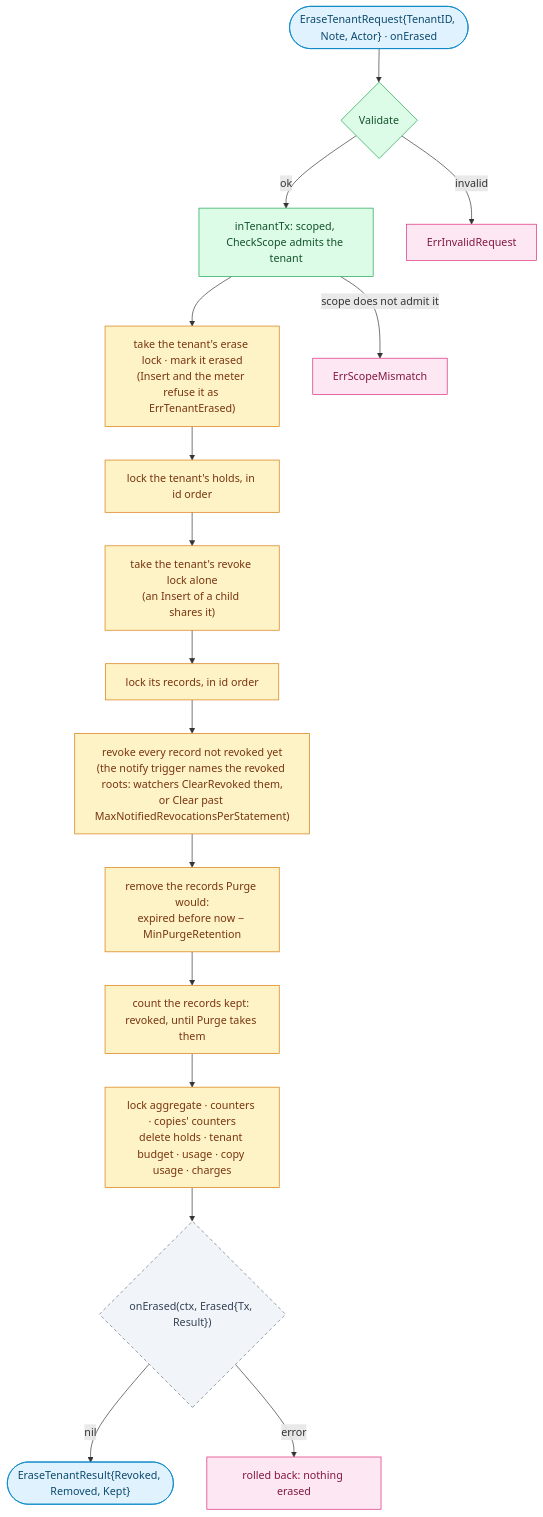
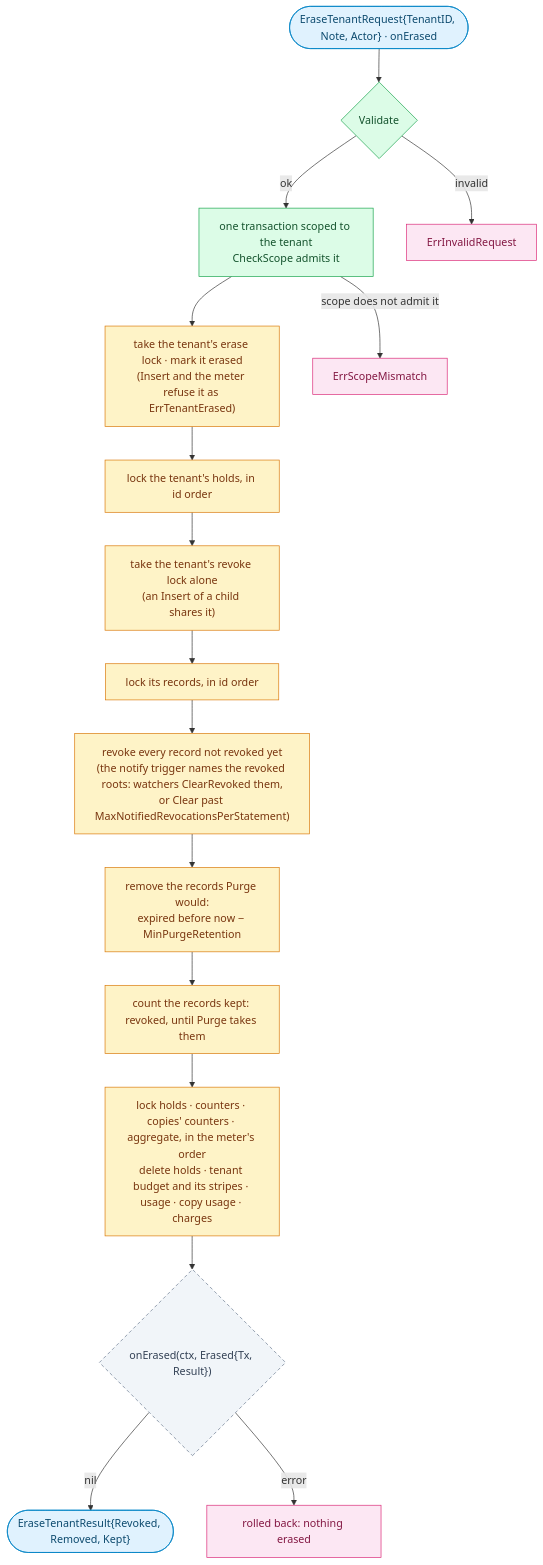
Diagram 16 of 17 in docs/diagrams.md (oleg-tkachuk/limes), drawn with Mermaid before and after one commit. The commit also changed other lines of this file, not shown here.

Commit message:
docs: bring the diagrams up to date with the code

````diff
--- a/docs/diagrams.md
+++ b/docs/diagrams.md
@@ -1141,33 +1266,33 @@
 ```mermaid
 flowchart TB
     req(["EraseTenantRequest{TenantID, Note, Actor} · onErased"])
     val{"Validate"}
-    tx["inTenantTx: scoped, CheckScope admits the tenant"]
+    tx["one transaction scoped to the tenant<br/>CheckScope admits it"]
     mark["take the tenant's erase lock · mark it erased<br/>(Insert and the meter refuse it as ErrTenantErased)"]
     holds["lock the tenant's holds, in id order"]
     revlock["take the tenant's revoke lock alone<br/>(an Insert of a child shares it)"]
     recs["lock its records, in id order"]
     revoke["revoke every record not revoked yet<br/>(the notify trigger names the revoked roots: watchers ClearRevoked them,<br/>or Clear past MaxNotifiedRevocationsPerStatement)"]
     remove["remove the records Purge would:<br/>expired before now − MinPurgeRetention"]
     kept["count the records kept: revoked, until Purge takes them"]
-    usage["lock aggregate · counters · copies' counters<br/>delete holds · tenant budget · usage · copy usage · charges"]
+    usage["lock holds · counters · copies' counters · aggregate, in the meter's order<br/>delete holds · tenant budget and its stripes · usage · copy usage · charges"]
     cb{"onErased(ctx, Erased{Tx, Result})"}
     ok(["EraseTenantResult{Revoked, Removed, Kept}"])
     back["rolled back: nothing erased"]
 
     req --> val -- ok --> tx --> mark --> holds --> revlock --> recs --> revoke --> remove --> kept --> usage --> cb -- nil --> ok
     val -- invalid --> inval["ErrInvalidRequest"]
     tx -- "scope does not admit it" --> mismatch["ErrScopeMismatch"]
     cb -- error --> back
 
     classDef client fill:#E0F2FE,stroke:#0284C7,color:#0C4A6E
     classDef role fill:#DCFCE7,stroke:#16A34A,color:#14532D
     classDef optional fill:#F1F5F9,stroke:#64748B,color:#334155,stroke-dasharray:5 4
     classDef store fill:#FEF3C7,stroke:#D97706,color:#78350F
     classDef external fill:#FCE7F3,stroke:#DB2777,color:#831843
     class req,ok client
     class val,tx role
     class cb optional
     class mark,holds,revlock,recs,revoke,remove,kept,usage store
     class inval,mismatch,back external
 ```
````
